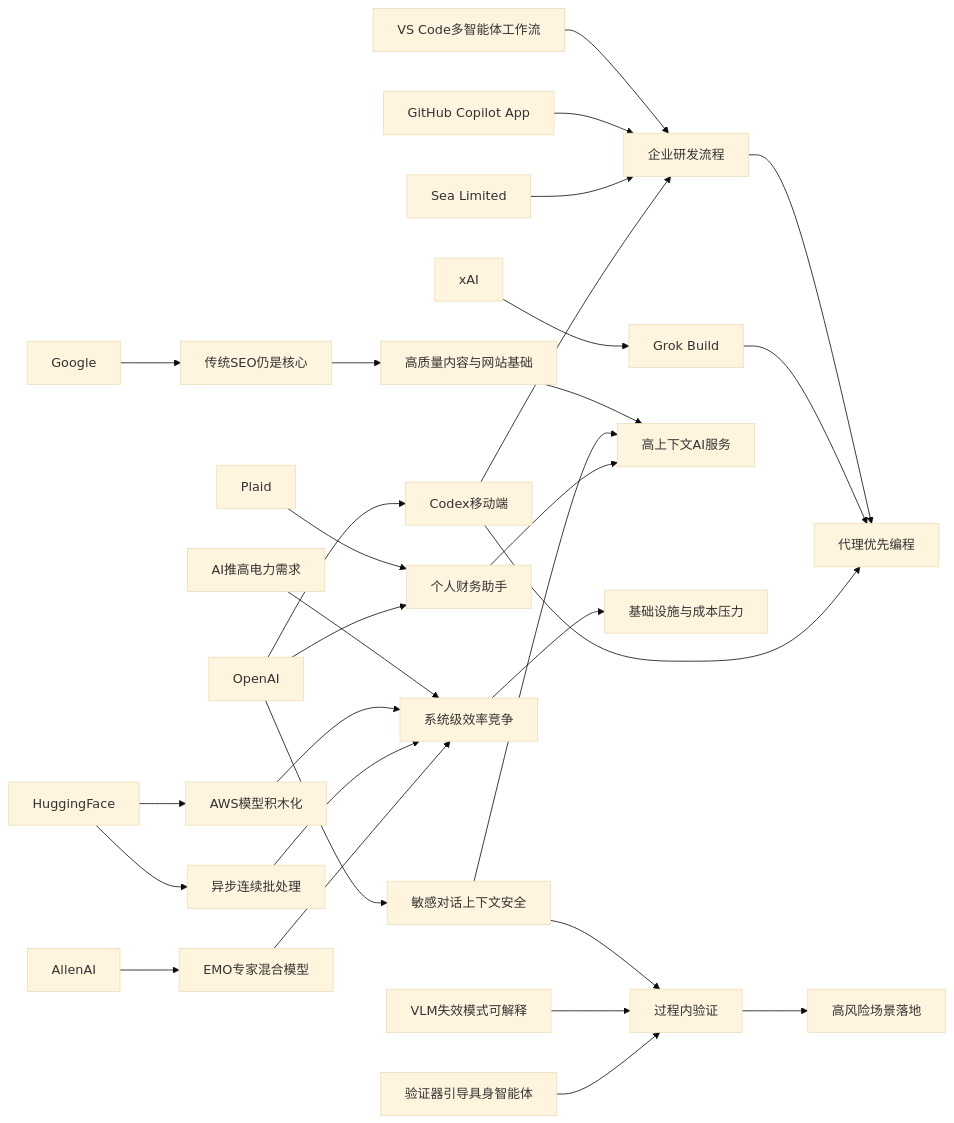
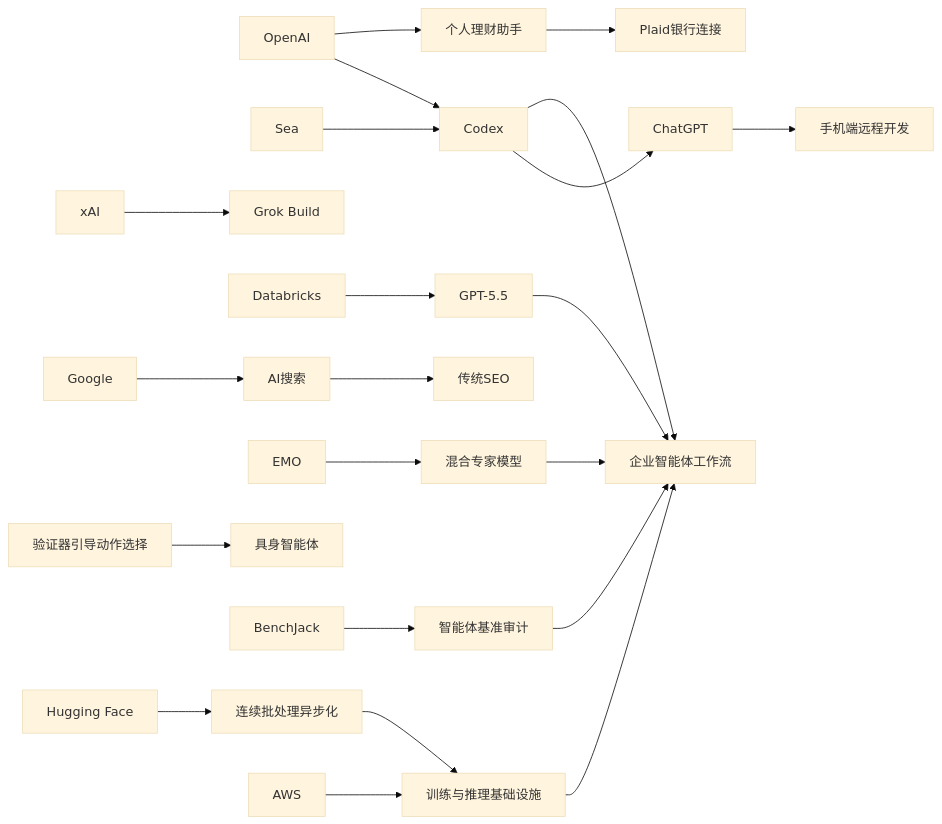
The diagram in content/cn/2026/2026-05/2026-05-16.md (zhuxinfei/ai-daily-site), drawn with Mermaid (base theme) before and after one commit. The commit also changed other lines of this file, not shown here.

````diff
--- a/content/cn/2026/2026-05/2026-05-16.md
+++ b/content/cn/2026/2026-05/2026-05-16.md
@@ -120,38 +105,53 @@
 ```mermaid
 graph LR
-    OpenAI --> CodexMobile[Codex移动端]
-    OpenAI --> Finance[个人财务助手]
-    OpenAI --> Safety[敏感对话上下文安全]
-    CodexMobile --> EnterpriseDev[企业研发流程]
-    Sea[Sea Limited] --> EnterpriseDev
-    xAI --> GrokBuild[Grok Build]
-    GitHub[GitHub Copilot App] --> EnterpriseDev
-    VSCode[VS Code多智能体工作流] --> EnterpriseDev
+    OpenAI[OpenAI]
+    Codex[Codex]
+    ChatGPT[ChatGPT]
+    Mobile[手机端远程开发]
+    Finance[个人理财助手]
+    Plaid[Plaid银行连接]
+    Sea[Sea]
+    xAI[xAI]
+    GrokBuild[Grok Build]
+    Databricks[Databricks]
+    GPT55[GPT-5.5]
+    Enterprise[企业智能体工作流]
+    Google[Google]
+    SEO[传统SEO]
+    AISearch[AI搜索]
+    EMO[EMO]
+    MoE[混合专家模型]
+    Verifier[验证器引导动作选择]
+    Embodied[具身智能体]
+    BenchJack[BenchJack]
+    Benchmark[智能体基准审计]
+    HF[Hugging Face]
+    AsyncBatch[连续批处理异步化]
+    AWS[AWS]
+    Infra[训练与推理基础设施]
 
-    CodexMobile --> AgenticCoding[代理优先编程]
-    GrokBuild --> AgenticCoding
-    EnterpriseDev --> AgenticCoding
+    OpenAI --> Codex
+    Codex --> ChatGPT
+    ChatGPT --> Mobile
+    OpenAI --> Finance
+    Finance --> Plaid
+    Sea --> Codex
+    xAI --> GrokBuild
 
-    Google --> SEO[传统SEO仍是核心]
-    SEO --> ContentInfra[高质量内容与网站基础]
+    Databricks --> GPT55
+    GPT55 --> Enterprise
+    Codex --> Enterprise
+    HF --> AsyncBatch
+    AWS --> Infra
+    AsyncBatch --> Infra
+    Infra --> Enterprise
 
-    Plaid --> Finance
-    Finance --> ContextAI[高上下文AI服务]
-    Safety --> ContextAI
-    ContentInfra --> ContextAI
+    Google --> AISearch
+    AISearch --> SEO
 
-    AllenAI --> EMO[EMO专家混合模型]
-    HuggingFace --> AsyncBatching[异步连续批处理]
-    HuggingFace --> AWSBlocks[AWS模型积木化]
-    EMO --> Efficiency[系统级效率竞争]
-    AsyncBatching --> Efficiency
-    AWSBlocks --> Efficiency
-
-    AIEnergy[AI推高电力需求] --> Efficiency
-    Efficiency --> InfraPressure[基础设施与成本压力]
-
-    Verifier[验证器引导具身智能体] --> ProcessSafety[过程内验证]
-    REVELIO[VLM失效模式可解释] --> ProcessSafety
-    Safety --> ProcessSafety
-    ProcessSafety --> HighRisk[高风险场景落地]
+    EMO --> MoE
+    Verifier --> Embodied
+    BenchJack --> Benchmark
+    MoE --> Enterprise
+    Benchmark --> Enterprise
 ```
````
